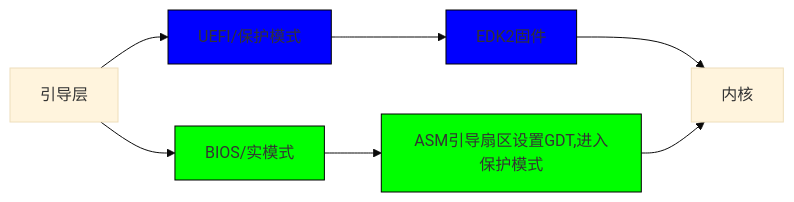
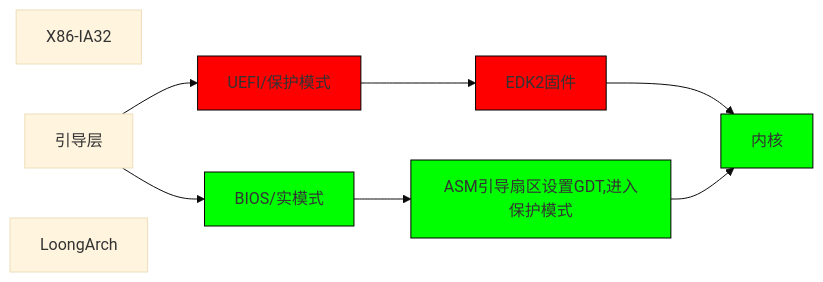
One commit to OSdeveloper-xyy/RCOS1.0 changed the diagram in README.md. Above: the diagram before and after it, drawn with Mermaid (base theme). The commit also changed other lines of this file, not shown here.

````diff
--- a/README.md
+++ b/README.md
@@ -13,13 +13,16 @@
 ```mermaid
-graph LR 
+graph LR
+J[X86-IA32]
 A[引导层] --> B[BIOS/实模式]
 A --> C[UEFI/保护模式]
 B --> D[ASM引导扇区设置GDT,进入保护模式]
 C --> E[EDK2固件]
 E --> I[内核]
 D --> I 
-style E fill:#00F,stroke:#000;
-style C fill:#00F,stroke:#000;
+style E fill:#F00,stroke:#000;
+style C fill:#F00,stroke:#000;
+style I fill:#0F0,stroke:#000;
 style B fill:#0F0,stroke:#000;
 style D fill:#0F0,stroke:#000;
+K[LoongArch]
 ```
````
